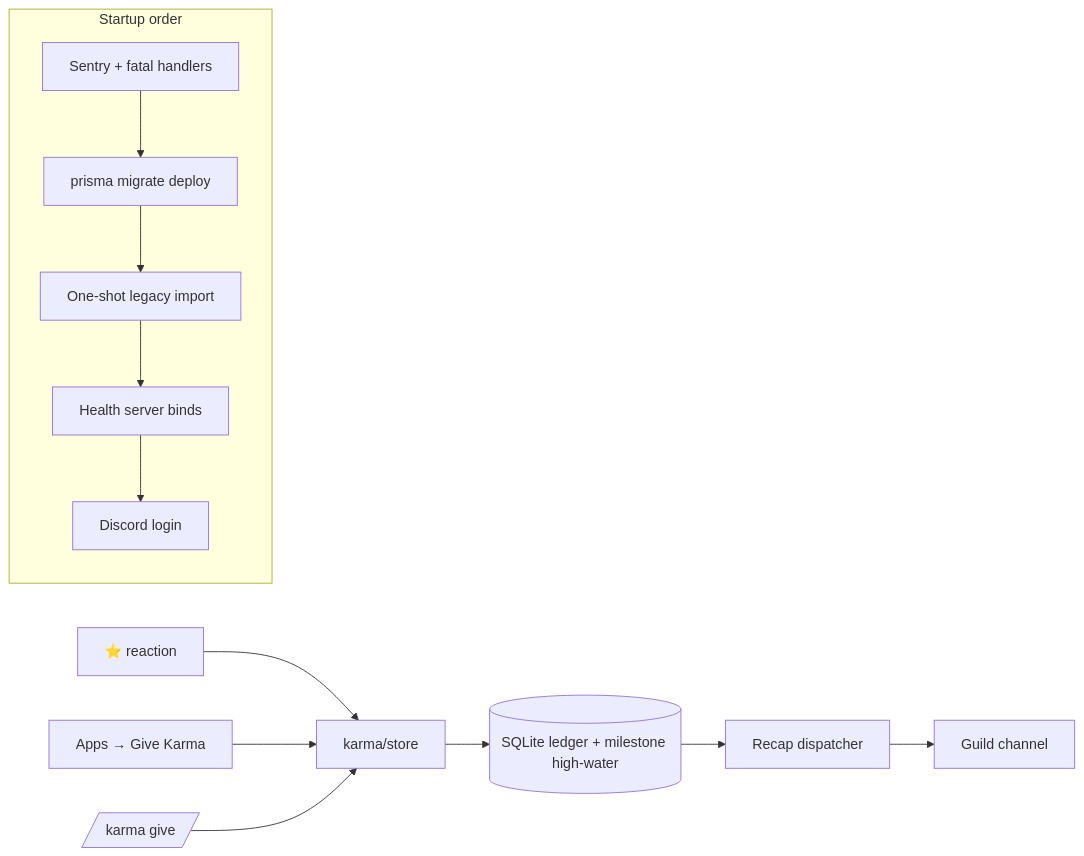
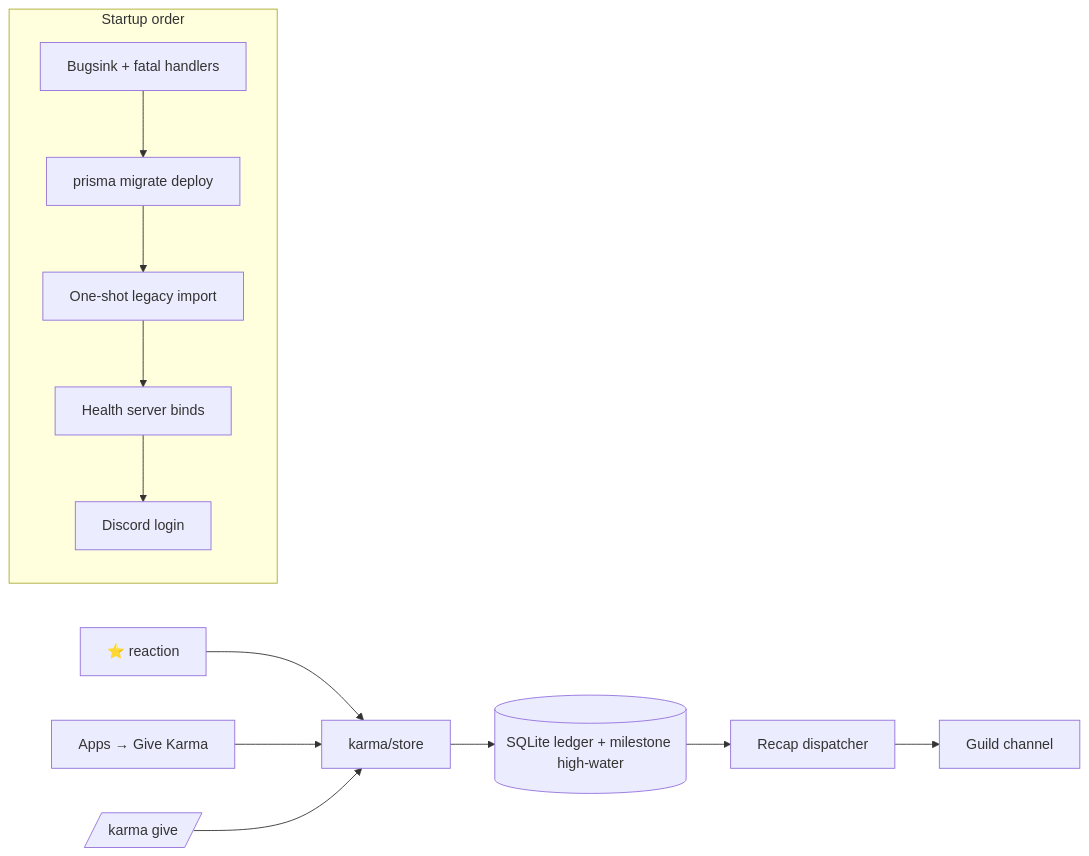
Before and after one commit to shepherdjerred/monorepo: the diagram in packages/docs/wiki/src/content/docs/explanation/starlight-karma-bot.md, drawn with Mermaid. The commit also changed other lines of this file and 415 other files, not shown here.

````diff
--- a/packages/docs/wiki/src/content/docs/explanation/starlight-karma-bot.md
+++ b/packages/docs/wiki/src/content/docs/explanation/starlight-karma-bot.md
@@ -11,18 +11,18 @@
 ```mermaid
 flowchart LR
   accTitle: Karma bot startup and giving surfaces
-  accDescr: Startup arms Sentry, applies Prisma migrations, imports the legacy database once, binds the health server, then logs in to Discord. Three giving surfaces — a reaction, a message context menu, and a slash command — all write through one store module into SQLite. A polling dispatcher posts a scheduled recap.
+  accDescr: Startup arms Bugsink, applies Prisma migrations, imports the legacy database once, binds the health server, then logs in to Discord. Three giving surfaces — a reaction, a message context menu, and a slash command — all write through one store module into SQLite. A polling dispatcher posts a scheduled recap.
 
   subgraph Boot[Startup order]
-    S[Sentry + fatal handlers] --> M[prisma migrate deploy]
+    S[Bugsink + fatal handlers] --> M[prisma migrate deploy]
     M --> I[One-shot legacy import]
     I --> H[Health server binds]
     H --> L[Discord login]
   end
 
   R[⭐ reaction] --> ST[karma/store]
   C[Apps → Give Karma] --> ST
   SC[/karma give/] --> ST
   ST --> DB[(SQLite ledger + milestone high-water)]
   DB --> RC[Recap dispatcher] --> CH[Guild channel]
 ```
````
